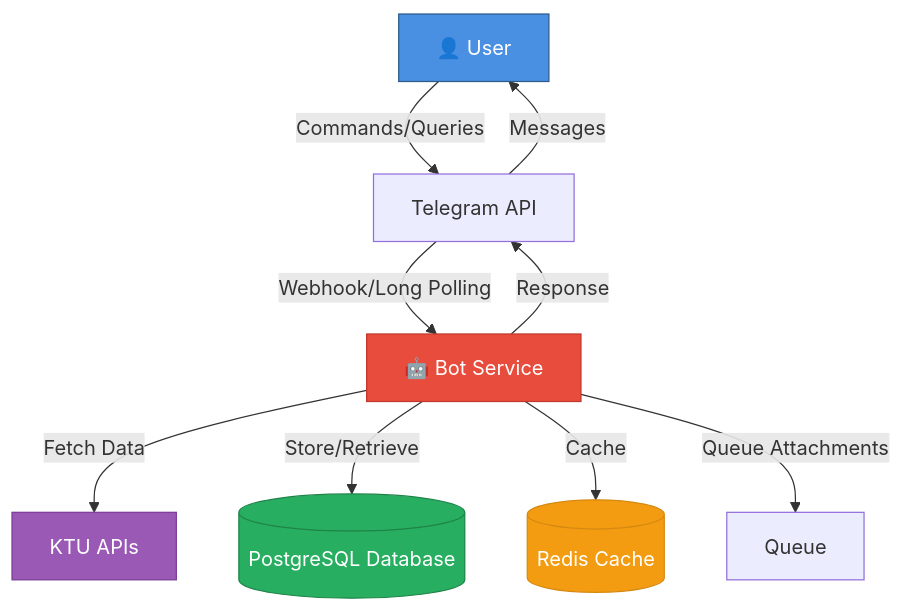
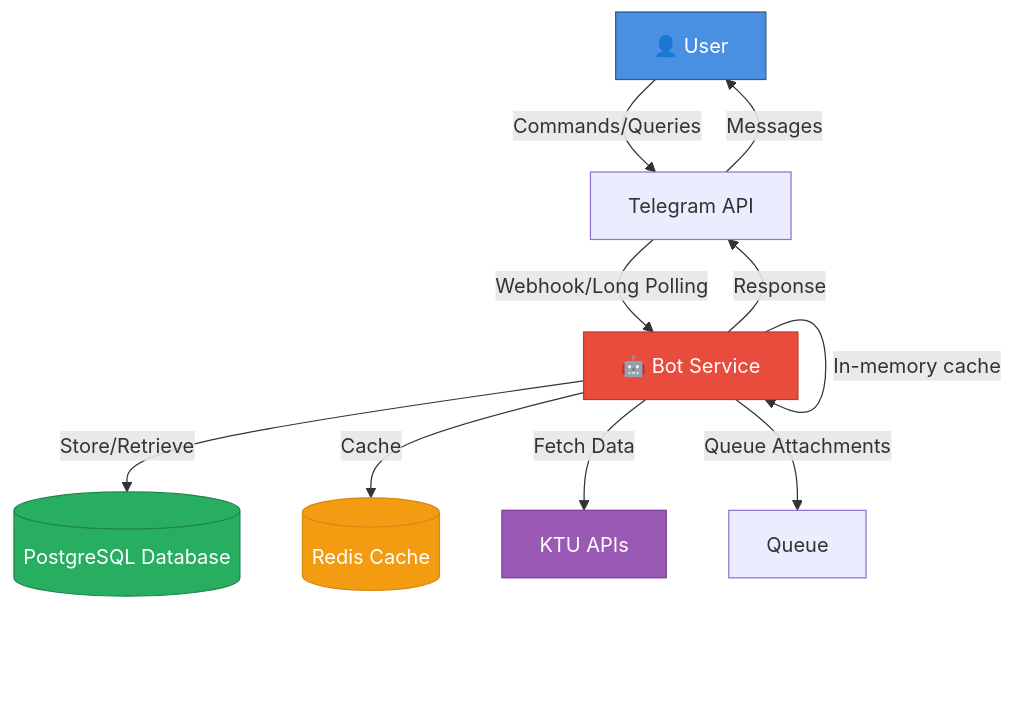
Before and after one commit to devadathanmb/ktu-bot: the first of 2 diagrams in docs/working.md, drawn with Mermaid. The commit also changed other lines of this file and 32 other files, not shown here.

````diff
--- a/docs/working.md
+++ b/docs/working.md
@@ -24,24 +24,25 @@
 ```mermaid
 graph TB
     User[👤 User]
     TG[Telegram API]
     Bot[🤖 Bot Service]
     DB[(PostgreSQL Database)]
     Redis[(Redis Cache)]
     KTU[KTU APIs]
 
     User -->|Commands/Queries| TG
     TG -->|Webhook/Long Polling| Bot
     Bot -->|Fetch Data| KTU
     Bot -->|Store/Retrieve| DB
+    Bot -->|In-memory cache| Bot
     Bot -->|Cache| Redis
     Bot -->|Queue Attachments| Queue
     Bot -->|Response| TG
     TG -->|Messages| User
 
     style User fill:#4a90e2,stroke:#2e5c8a,color:#fff
     style Bot fill:#e74c3c,stroke:#c0392b,color:#fff
     style DB fill:#27ae60,stroke:#1e8449,color:#fff
     style Redis fill:#f39c12,stroke:#d68910,color:#fff
     style KTU fill:#9b59b6,stroke:#7d3c98,color:#fff
 ```
````
